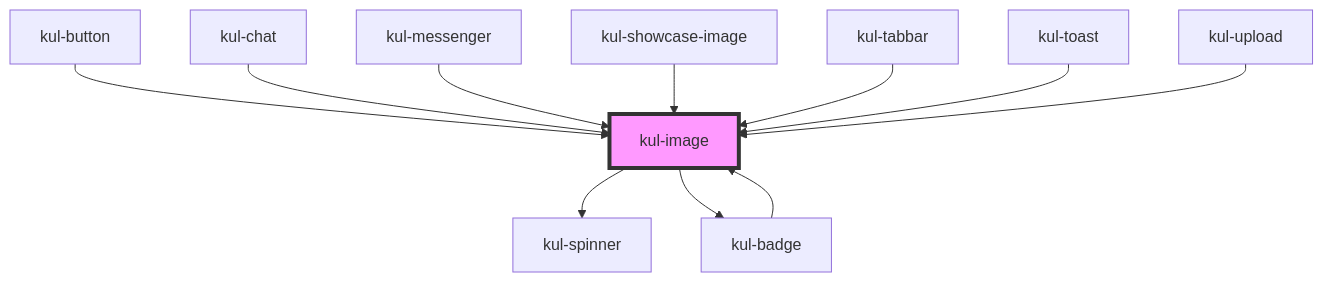
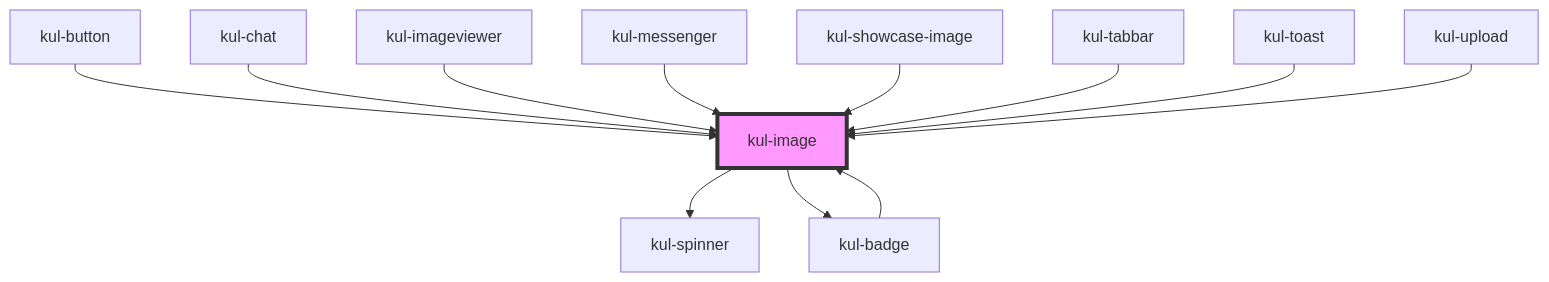
Before and after one commit to lucafoscili/ketchup-lite: the diagram in packages/ketchup-lite/src/components/kul-image/readme.md, drawn with Mermaid. The commit also changed other lines of this file and 29 other files, not shown here.

````diff
--- a/packages/ketchup-lite/src/components/kul-image/readme.md
+++ b/packages/ketchup-lite/src/components/kul-image/readme.md
@@ -118,14 +119,15 @@
 ```mermaid
 graph TD;
   kul-image --> kul-spinner
   kul-image --> kul-badge
   kul-badge --> kul-image
   kul-button --> kul-image
   kul-chat --> kul-image
+  kul-imageviewer --> kul-image
   kul-messenger --> kul-image
   kul-showcase-image --> kul-image
   kul-tabbar --> kul-image
   kul-toast --> kul-image
   kul-upload --> kul-image
   style kul-image fill:#f9f,stroke:#333,stroke-width:4px
 ```
````
